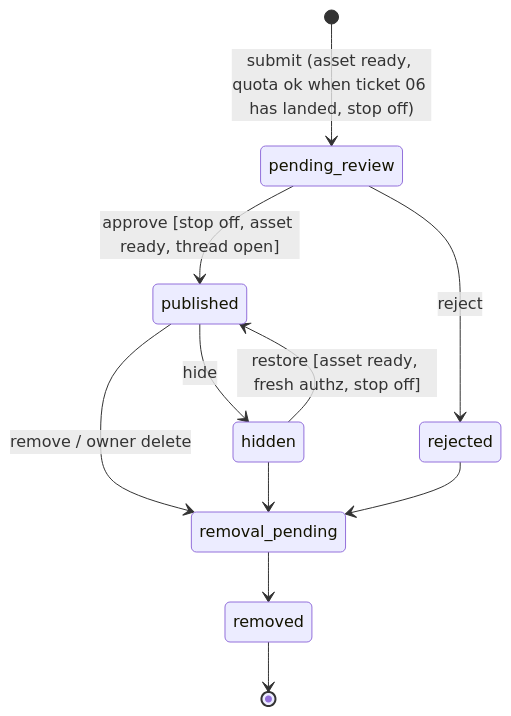
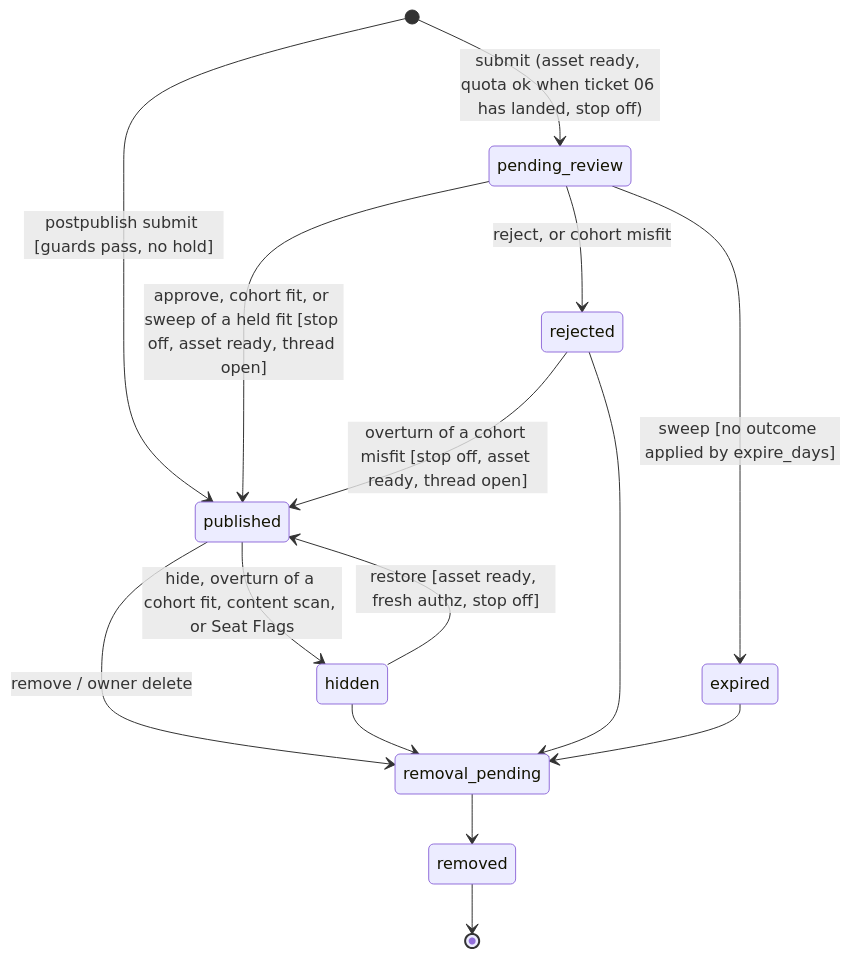
The second of 2 diagrams in docs/SPEC.md (Zero-State-LLC/JChain), drawn with Mermaid before and after one commit. The commit also changed other lines of this file and 8 other files, not shown here.

First line of the commit message:
docs(spec): moderator cohort, sign-in, admin, prohibited content, brand and legal (v0.2.20) (#49)

````diff
--- a/docs/SPEC.md
+++ b/docs/SPEC.md
@@ -141,13 +212,17 @@
 ```mermaid
 stateDiagram-v2
   [*] --> pending_review: submit (asset ready, quota ok when ticket 06 has landed, stop off)
-  pending_review --> published: approve [stop off, asset ready, thread open]
-  pending_review --> rejected: reject
-  published --> hidden: hide
+  [*] --> published: postpublish submit [guards pass, no hold]
+  pending_review --> published: approve, cohort fit, or sweep of a held fit [stop off, asset ready, thread open]
+  pending_review --> rejected: reject, or cohort misfit
+  pending_review --> expired: sweep [no outcome applied by expire_days]
+  published --> hidden: hide, overturn of a cohort fit, content scan, or Seat Flags
   published --> removal_pending: remove / owner delete
   hidden --> published: restore [asset ready, fresh authz, stop off]
   hidden --> removal_pending
+  rejected --> published: overturn of a cohort misfit [stop off, asset ready, thread open]
   rejected --> removal_pending
+  expired --> removal_pending
   removal_pending --> removed
   removed --> [*]
 ```
````
